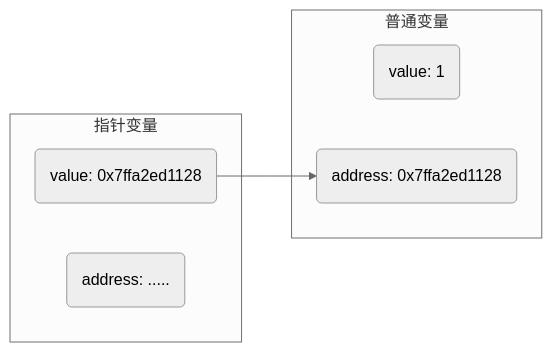
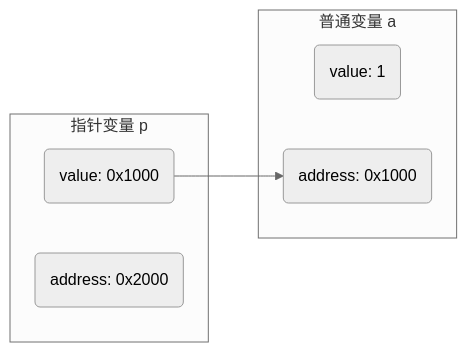
Before and after one commit to dmjcb/dmjcb.github.io: the second of 12 diagrams in _posts/c_c++/pointer/2022-01-08-pointer.md, drawn with Mermaid (neutral theme). The commit also changed other lines of this file and 5 other files, not shown here.

````diff
--- a/_posts/c_c++/pointer/2022-01-08-pointer.md
+++ b/_posts/c_c++/pointer/2022-01-08-pointer.md
@@ -33,12 +43,12 @@
 ```mermaid
 graph LR;
-    subgraph a[普通变量]
+    subgraph a[普通变量 a]
         V2(value: 1)
-        A2(address: 0x7ffa2ed1128)
+        A2(address: 0x1000)
     end
-    subgraph p[指针变量]
-        V1(value: 0x7ffa2ed1128)
-        A1(address: .....)
+    subgraph p[指针变量 p]
+        V1(value: 0x1000)
+        A1(address: 0x2000)
     end
     V1-->A2
 ```
````
